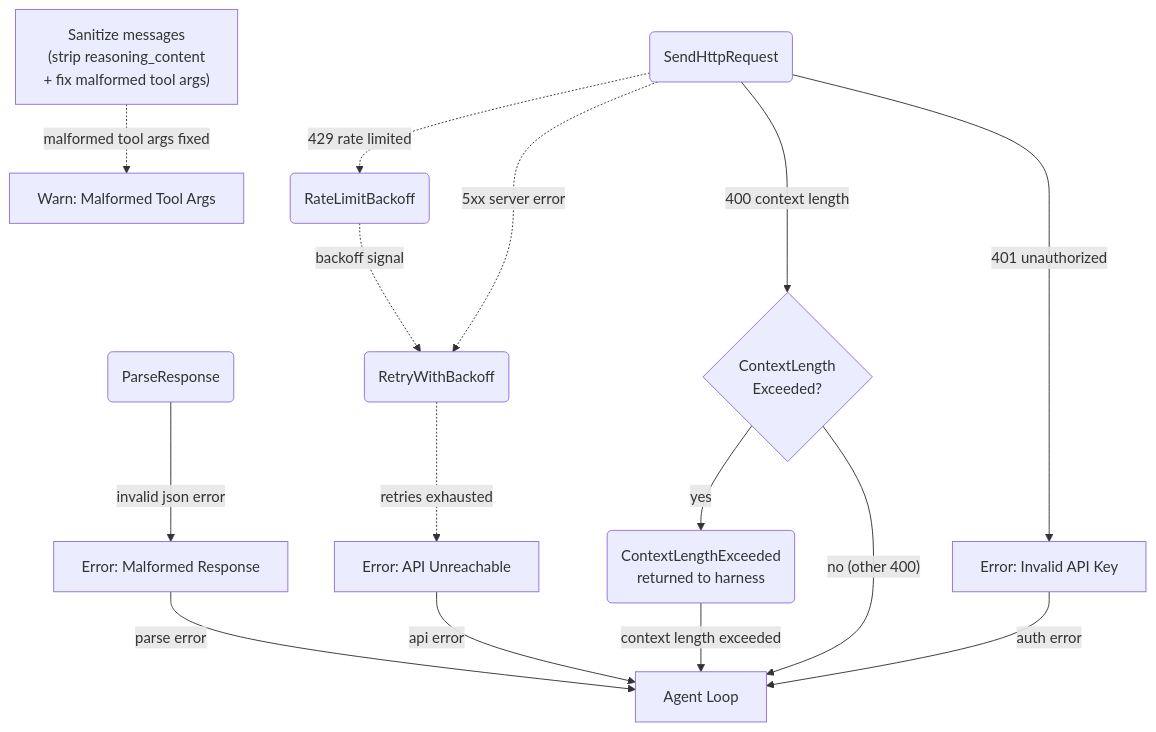
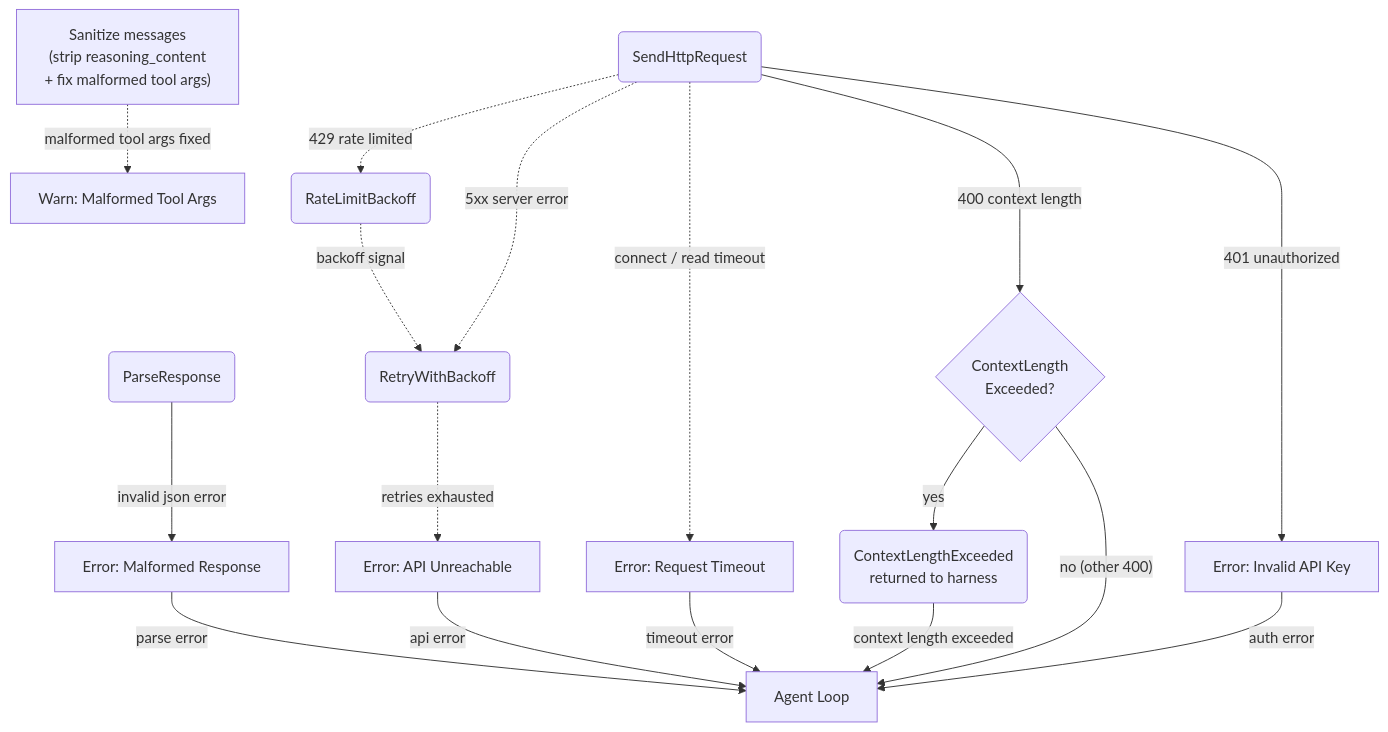
One commit to cosmoswafer/rockbot changed the second of 3 diagrams in _dfd/ai/ai-provider.md. Above: the diagram before and after it, drawn with Mermaid. The commit also changed other lines of this file and 16 other files, not shown here.

````diff
--- a/_dfd/ai/ai-provider.md
+++ b/_dfd/ai/ai-provider.md
@@ -77,30 +77,33 @@
 ```mermaid
 flowchart TD
     HTTP(SendHttpRequest)
     PARSE(ParseResponse)
     RATE(RateLimitBackoff)
     RETRY(RetryWithBackoff)
     CTX_ERR{ContextLength<br/>Exceeded?}
     CTX_RET(ContextLengthExceeded<br/>returned to harness)
+    ERR_TIMEOUT[Error: Request Timeout]
     ERR_API[Error: API Unreachable]
     ERR_PARSE[Error: Malformed Response]
     ERR_AUTH[Error: Invalid API Key]
     AGENT[Agent Loop]
     SANITIZE["Sanitize messages<br/>(strip reasoning_content<br/>+ fix malformed tool args)"]
     WARN[Warn: Malformed Tool Args]
 
     HTTP -.->|"429 rate limited"| RATE
     RATE -.->|"backoff signal"| RETRY
     HTTP -.->|"5xx server error"| RETRY
+    HTTP -.->|"connect / read timeout"| ERR_TIMEOUT
     RETRY -.->|"retries exhausted"| ERR_API
     HTTP -->|"400 context length"| CTX_ERR
     CTX_ERR -->|"yes"| CTX_RET
     CTX_ERR -->|"no (other 400)"| AGENT
     HTTP -->|"401 unauthorized"| ERR_AUTH
     PARSE -->|"invalid json error"| ERR_PARSE
+    ERR_TIMEOUT -->|"timeout error"| AGENT
     ERR_API -->|"api error"| AGENT
     ERR_AUTH -->|"auth error"| AGENT
     ERR_PARSE -->|"parse error"| AGENT
     CTX_RET -->|"context length exceeded"| AGENT
     SANITIZE -.->|"malformed tool args fixed"| WARN
 ```
````
